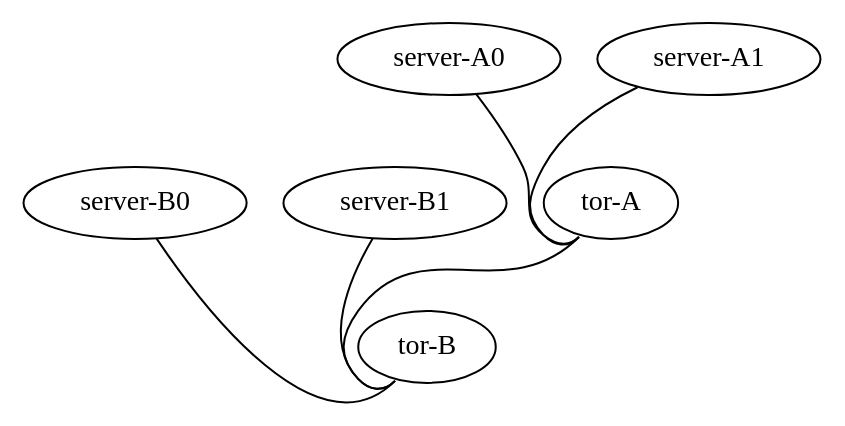
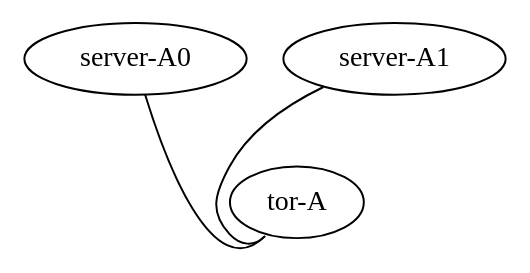
Before and after one commit to datacompucrs/DataCenter-1: the diagram in Vagrant/Get_Started/topology.dot, drawn with Graphviz. The commit also changed 16 other files, not shown here.

```diff
--- a/Vagrant/Get_Started/topology.dot
+++ b/Vagrant/Get_Started/topology.dot
@@ -1,16 +1,9 @@
 graph vx {
 "tor-A" [function="leaf" vagrant="eth1" os="hashicorp/bionic64" version="1.0.282" memory="500" config="./helper_scripts/config_production_switch.sh" ]
 "server-A0" [function="host" vagrant="eth3" os="hashicorp/bionic64" version="1.0.282" memory="500" config="./helper_scripts/config_production_server.sh" ]
 "server-A1" [function="host" vagrant="eth3" os="hashicorp/bionic64" version="1.0.282" memory="500" config="./helper_scripts/config_production_server.sh" ]
 
-"tor-B" [function="leaf" vagrant="eth1" os="hashicorp/bionic64" version="1.0.282" memory="500" config="./helper_scripts/config_production_switch.sh" ]
-"server-B0" [function="host" vagrant="eth3" os="hashicorp/bionic64" version="1.0.282" memory="500" config="./helper_scripts/config_production_server.sh" ]
-"server-B1" [function="host" vagrant="eth3" os="hashicorp/bionic64" version="1.0.282" memory="500" config="./helper_scripts/config_production_server.sh" ]
-
-"tor-A":"swp50" -- "tor-B":"swp49"
 
 "server-A0":"eth1" -- "tor-A":"swp1"
 "server-A1":"eth1" -- "tor-A":"swp2"
-"server-B0":"eth1" -- "tor-B":"swp1"
-"server-B1":"eth1" -- "tor-B":"swp2"
 }
```
